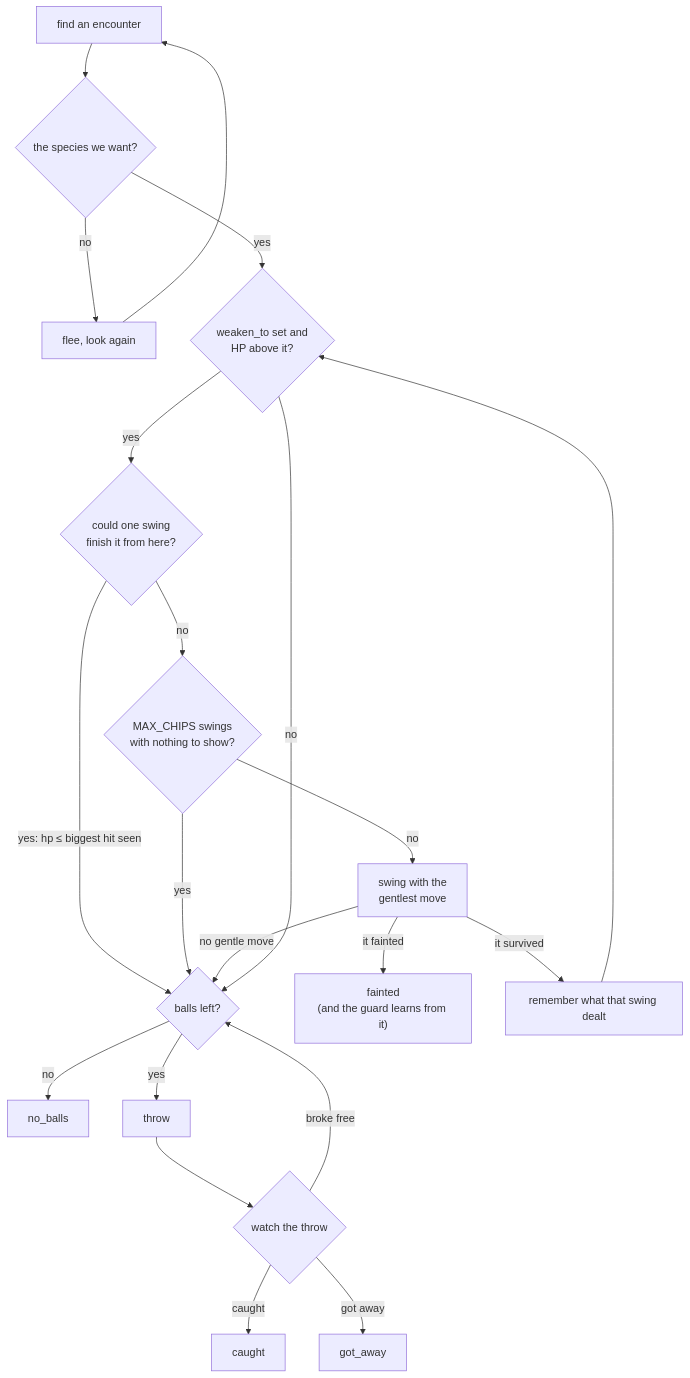
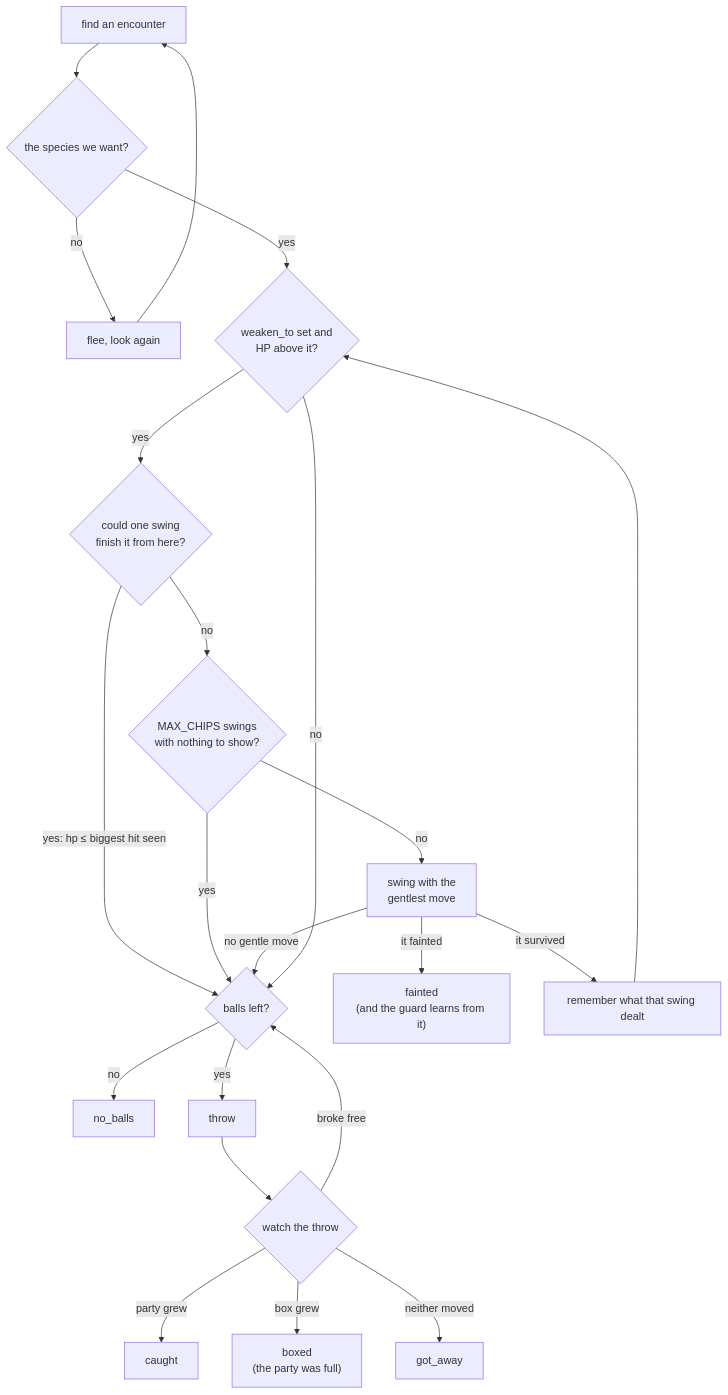
Before and after one commit to minormending/crystal-pilot: diagram 11 of 15 in docs/CODE.md, drawn with Mermaid. The commit also changed other lines of this file and 11 other files, not shown here.

First line of the commit message:
Catch with a full party, and read the box rather than the sentence

````diff
--- a/docs/CODE.md
+++ b/docs/CODE.md
@@ -1349,23 +1363,24 @@
 ```mermaid
 flowchart TD
     A["find an encounter"] --> M{"the species we want?"}
     M -- no --> FL["flee, look again"]
     FL --> A
     M -- yes --> W{"weaken_to set and<br/>HP above it?"}
     W -- yes --> G{"could one swing<br/>finish it from here?"}
     G -- "yes: hp &le; biggest hit seen" --> B
     G -- no --> C{"MAX_CHIPS swings<br/>with nothing to show?"}
     C -- yes --> B
     C -- no --> CH["swing with the<br/>gentlest move"]
     CH -- "no gentle move" --> B
     CH -- "it fainted" --> FA["fainted<br/>(and the guard learns from it)"]
     CH -- "it survived" --> LN["remember what that swing dealt"]
     LN --> W
     W -- no --> B{"balls left?"}
     B -- no --> NB["no_balls"]
     B -- yes --> TH["throw"]
     TH --> WT{"watch the throw"}
-    WT -- caught --> OK["caught"]
+    WT -- "party grew" --> OK["caught"]
+    WT -- "box grew" --> BX["boxed<br/>(the party was full)"]
     WT -- "broke free" --> B
-    WT -- "got away" --> GA["got_away"]
+    WT -- "neither moved" --> GA["got_away"]
 ```
````
